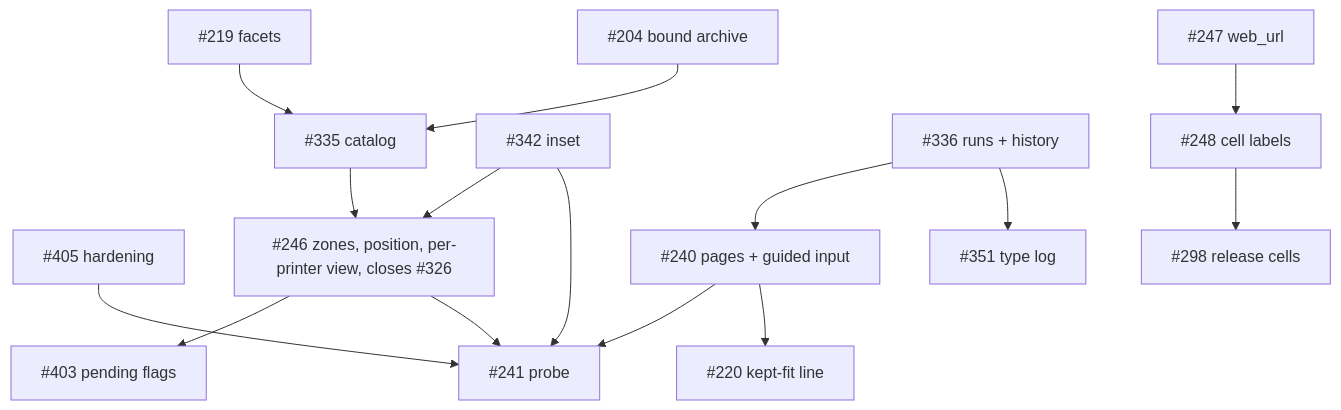
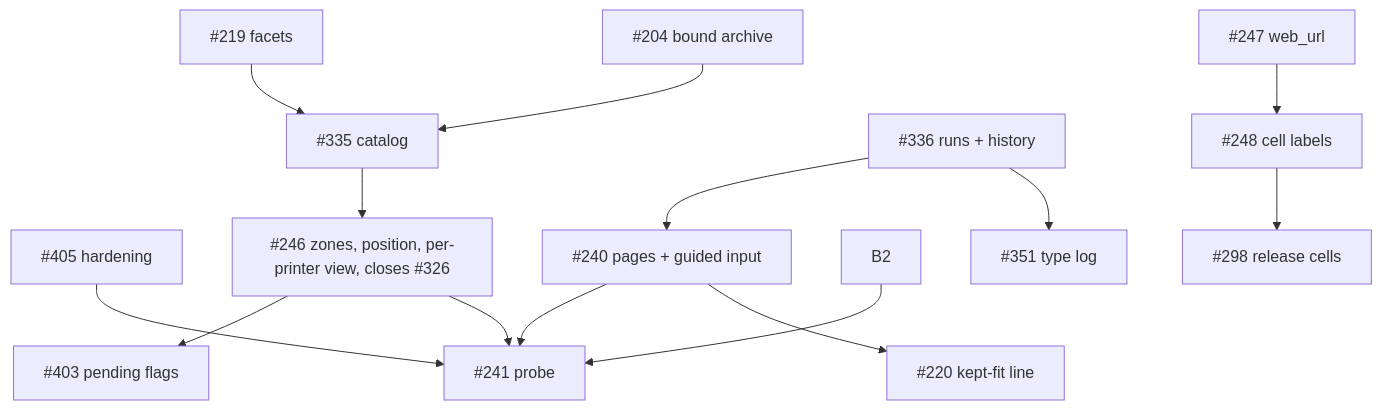
The diagram in docs/superpowers/specs/2026-11-21-milestone-1-8-0-design.md (strausmann/Label-Printer-Hub), drawn with Mermaid before and after one commit. The commit also changed other lines of this file, not shown here.

````diff
--- a/docs/superpowers/specs/2026-11-21-milestone-1-8-0-design.md
+++ b/docs/superpowers/specs/2026-11-21-milestone-1-8-0-design.md
@@ -863,17 +863,16 @@
 ```mermaid
 graph TD
   E2[#405 hardening] --> C3
   B3[#219 facets] --> B1
   B1[#335 catalog] --> A1[#246 zones, position, per-printer view, closes #326]
   A1 --> A3[#403 pending flags]
-  B2[#342 inset] --> A1
   C1[#336 runs + history] --> C2[#240 pages + guided input]
   C2 --> C3[#241 probe]
   A1 --> C3
   B2 --> C3
   C1 --> C4[#351 type log]
   C2 --> C5[#220 kept-fit line]
   D3[#204 bound archive] --> B1
   D1[#248 cell labels] --> D2[#298 release cells]
   E4[#247 web_url] --> D1
 ```
````
